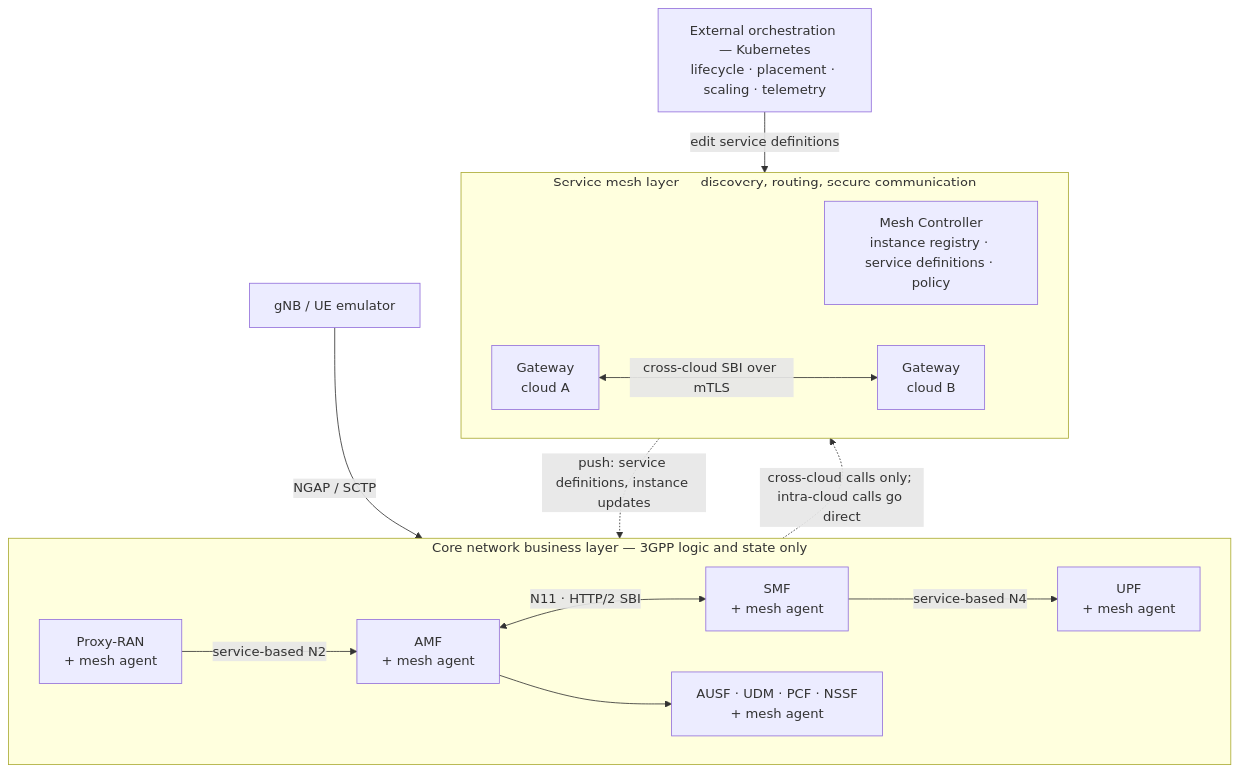
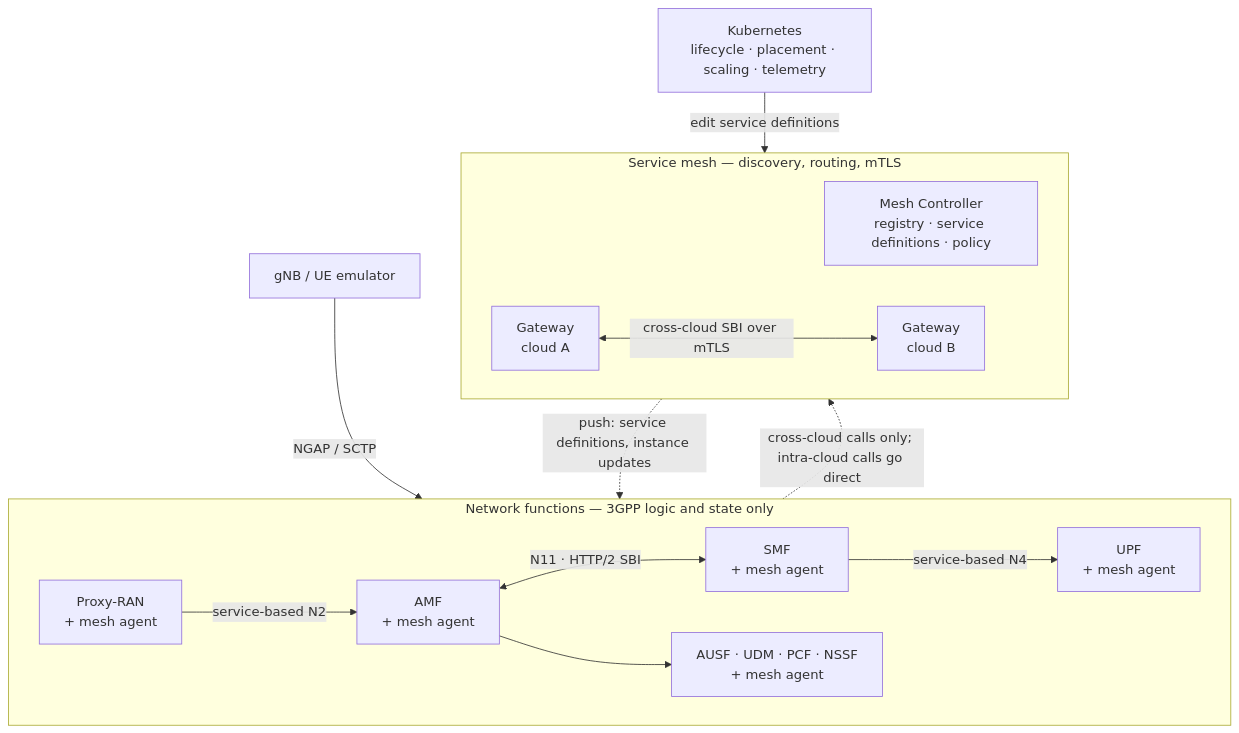
One commit to etri/volantis changed the diagram in README.md. Above: the diagram before and after it, drawn with Mermaid. The commit also changed other lines of this file and 4 other files, not shown here.

````diff
--- a/README.md
+++ b/README.md
@@ -42,33 +86,33 @@
 ```mermaid
 flowchart TB
   RAN["gNB / UE emulator"]
 
-  subgraph BIZ["Core network business layer — 3GPP logic and state only"]
+  subgraph BIZ["Network functions — 3GPP logic and state only"]
     direction LR
     PR["Proxy-RAN<br/>+ mesh agent"]
     AMF["AMF<br/>+ mesh agent"]
     SMF["SMF<br/>+ mesh agent"]
     SH["AUSF · UDM · PCF · NSSF<br/>+ mesh agent"]
     UPF["UPF<br/>+ mesh agent"]
   end
 
-  subgraph MESH["Service mesh layer — discovery, routing, secure communication"]
+  subgraph MESH["Service mesh — discovery, routing, mTLS"]
     direction LR
-    CTRL["Mesh Controller<br/>instance registry · service definitions · policy"]
+    CTRL["Mesh Controller<br/>registry · service definitions · policy"]
     GWA["Gateway<br/>cloud A"]
     GWB["Gateway<br/>cloud B"]
   end
 
-  ORCH["External orchestration — Kubernetes<br/>lifecycle · placement · scaling · telemetry"]
+  ORCH["Kubernetes<br/>lifecycle · placement · scaling · telemetry"]
 
   RAN -->|"NGAP / SCTP"| PR
   PR -->|"service-based N2"| AMF
   AMF <-->|"N11 · HTTP/2 SBI"| SMF
   AMF --> SH
   SMF -->|"service-based N4"| UPF
 
   CTRL -. "push: service definitions, instance updates" .-> BIZ
   BIZ -. "cross-cloud calls only; intra-cloud calls go direct" .-> GWA
   GWA <-->|"cross-cloud SBI over mTLS"| GWB
   ORCH -->|"edit service definitions"| CTRL
 ```
````
